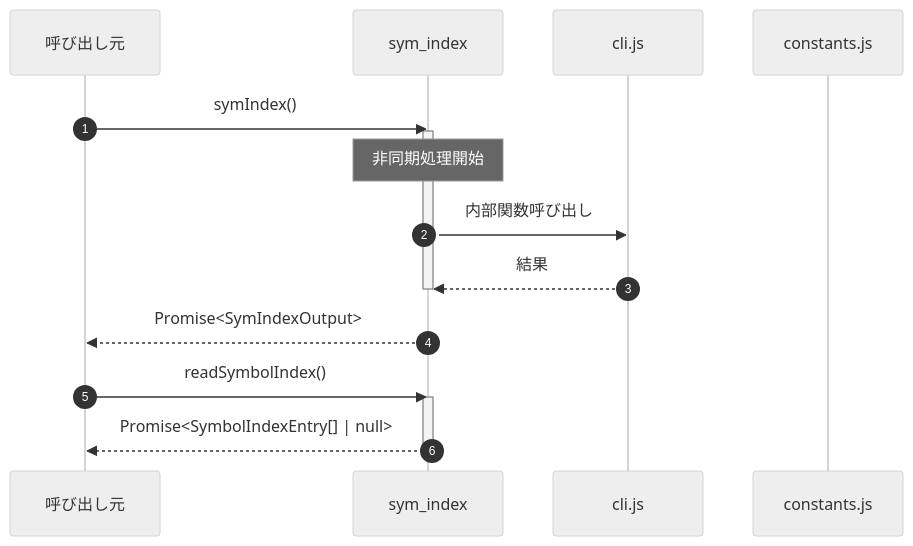
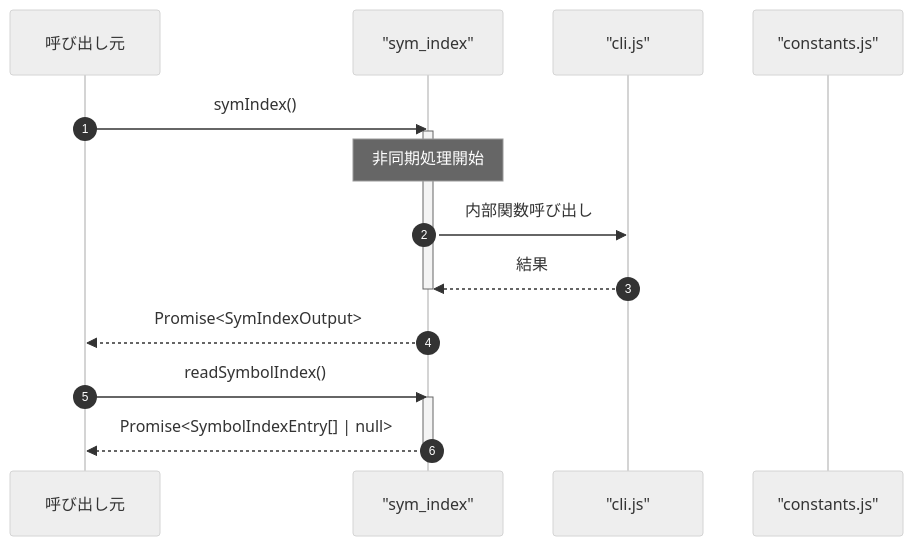
Before and after one commit to Mekann2904/mekann: the fourth of 4 diagrams in ABDD/.pi/extensions/search/tools/sym_index.md, drawn with Mermaid (neutral theme). The commit also changed other lines of this file and 152 other files, not shown here.

First line of the commit message:
fix: Mermaid図のラベル内の特殊文字をエスケープする

````diff
--- a/ABDD/.pi/extensions/search/tools/sym_index.md
+++ b/ABDD/.pi/extensions/search/tools/sym_index.md
@@ -77,21 +77,21 @@
 ```mermaid
 sequenceDiagram
   autonumber
   participant Caller as 呼び出し元
-  participant sym_index as sym_index
-  participant cli_js as cli.js
-  participant constants_js as constants.js
+  participant sym_index as "sym_index"
+  participant cli_js as "cli.js"
+  participant constants_js as "constants.js"
 
   Caller->>sym_index: symIndex()
   activate sym_index
   Note over sym_index: 非同期処理開始
   sym_index->>cli_js: 内部関数呼び出し
   cli_js-->>sym_index: 結果
   deactivate sym_index
   sym_index-->>Caller: Promise<SymIndexOutput>
 
   Caller->>sym_index: readSymbolIndex()
   activate sym_index
   sym_index-->>Caller: Promise<SymbolIndexEntry[] | null>
   deactivate sym_index
 ```
````
